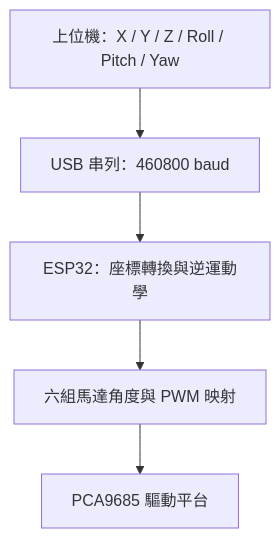
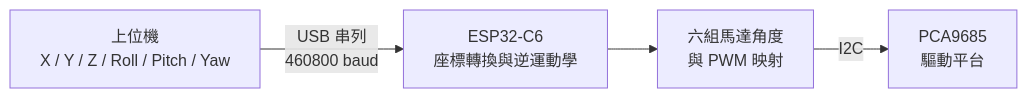
One commit to ZHANG-XICHANG/Mini-Stewart-Platform changed the diagram in README.md. Above: the diagram before and after it, drawn with Mermaid. The commit also changed other lines of this file and 6 other files, not shown here.

````diff
--- a/README.md
+++ b/README.md
@@ -64,7 +74,6 @@
 ```mermaid
-flowchart TD
-    A[上位機：X / Y / Z / Roll / Pitch / Yaw] --> B[USB 串列：460800 baud]
-    B --> C[ESP32：座標轉換與逆運動學]
-    C --> D[六組馬達角度與 PWM 映射]
-    D --> E[PCA9685 驅動平台]
+flowchart LR
+    A["上位機<br>X / Y / Z / Roll / Pitch / Yaw"] -->|"USB 串列<br>460800 baud"| C["ESP32-C6<br>座標轉換與逆運動學"]
+    C --> D["六組馬達角度<br>與 PWM 映射"]
+    D -->|I2C| E["PCA9685<br>驅動平台"]
 ```
````
